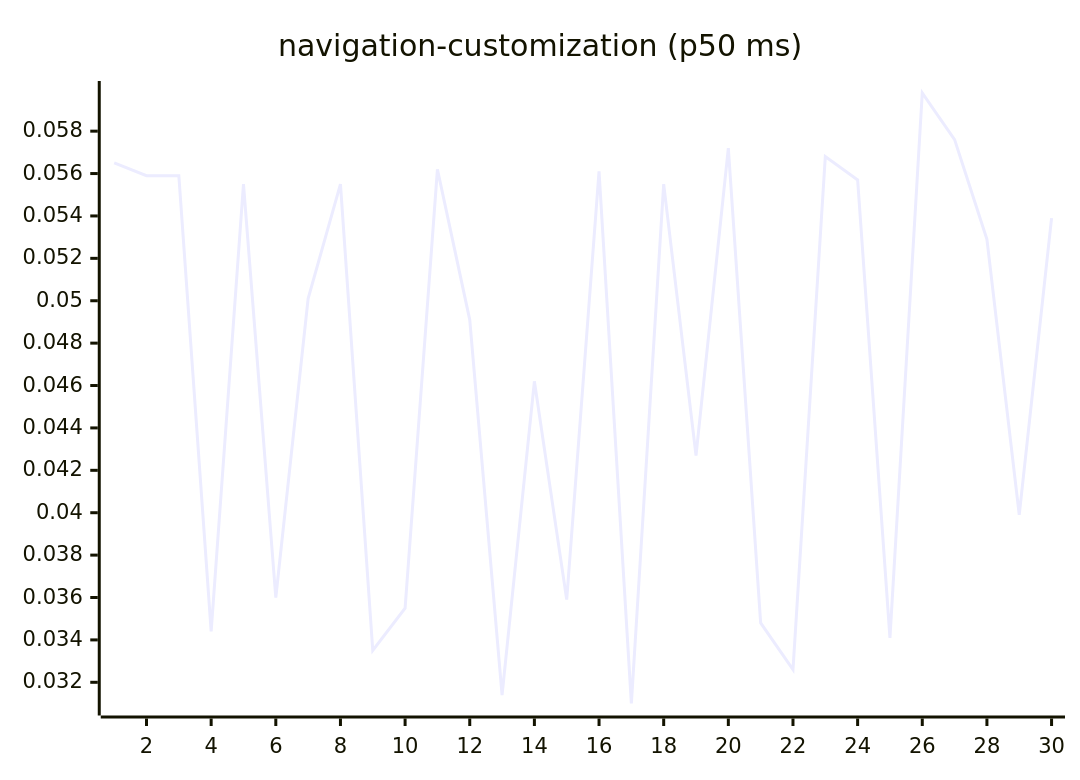
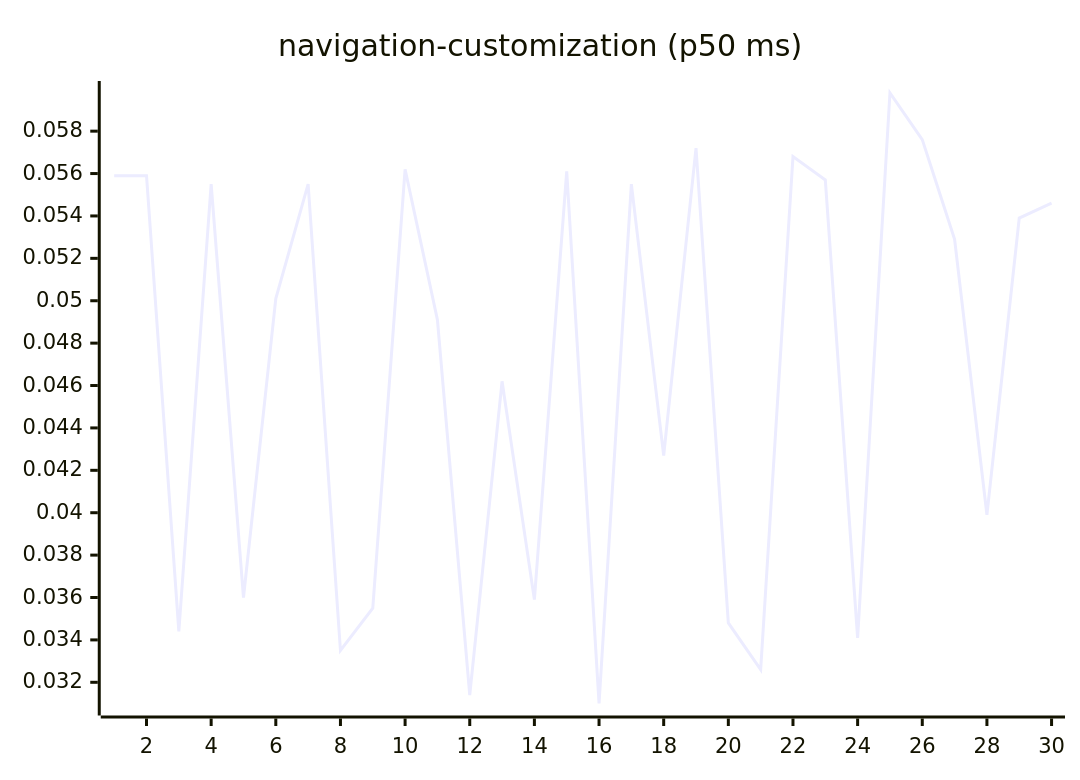
Before and after one commit to josha/Facet: diagram 15 of 27 in README.md, drawn with Mermaid. The commit also changed other lines of this file and 2 other files, not shown here.

````diff
--- a/README.md
+++ b/README.md
@@ -161,6 +161,6 @@
 ```mermaid
 xychart-beta
     title "navigation-customization (p50 ms)"
     x-axis 1 --> 30
-    line [0.0565, 0.0559, 0.0559, 0.0344, 0.0555, 0.0360, 0.0501, 0.0555, 0.0335, 0.0355, 0.0562, 0.0491, 0.0314, 0.0462, 0.0359, 0.0561, 0.0310, 0.0555, 0.0427, 0.0572, 0.0348, 0.0326, 0.0568, 0.0557, 0.0341, 0.0598, 0.0576, 0.0529, 0.0399, 0.0539]
+    line [0.0559, 0.0559, 0.0344, 0.0555, 0.0360, 0.0501, 0.0555, 0.0335, 0.0355, 0.0562, 0.0491, 0.0314, 0.0462, 0.0359, 0.0561, 0.0310, 0.0555, 0.0427, 0.0572, 0.0348, 0.0326, 0.0568, 0.0557, 0.0341, 0.0598, 0.0576, 0.0529, 0.0399, 0.0539, 0.0546]
 ```
````
